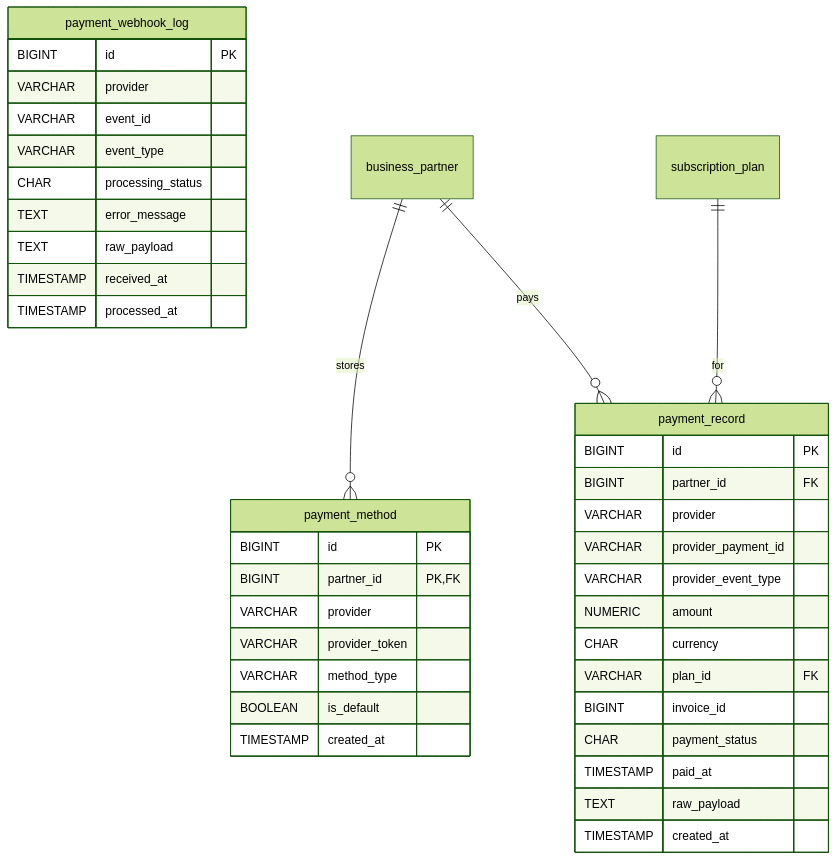
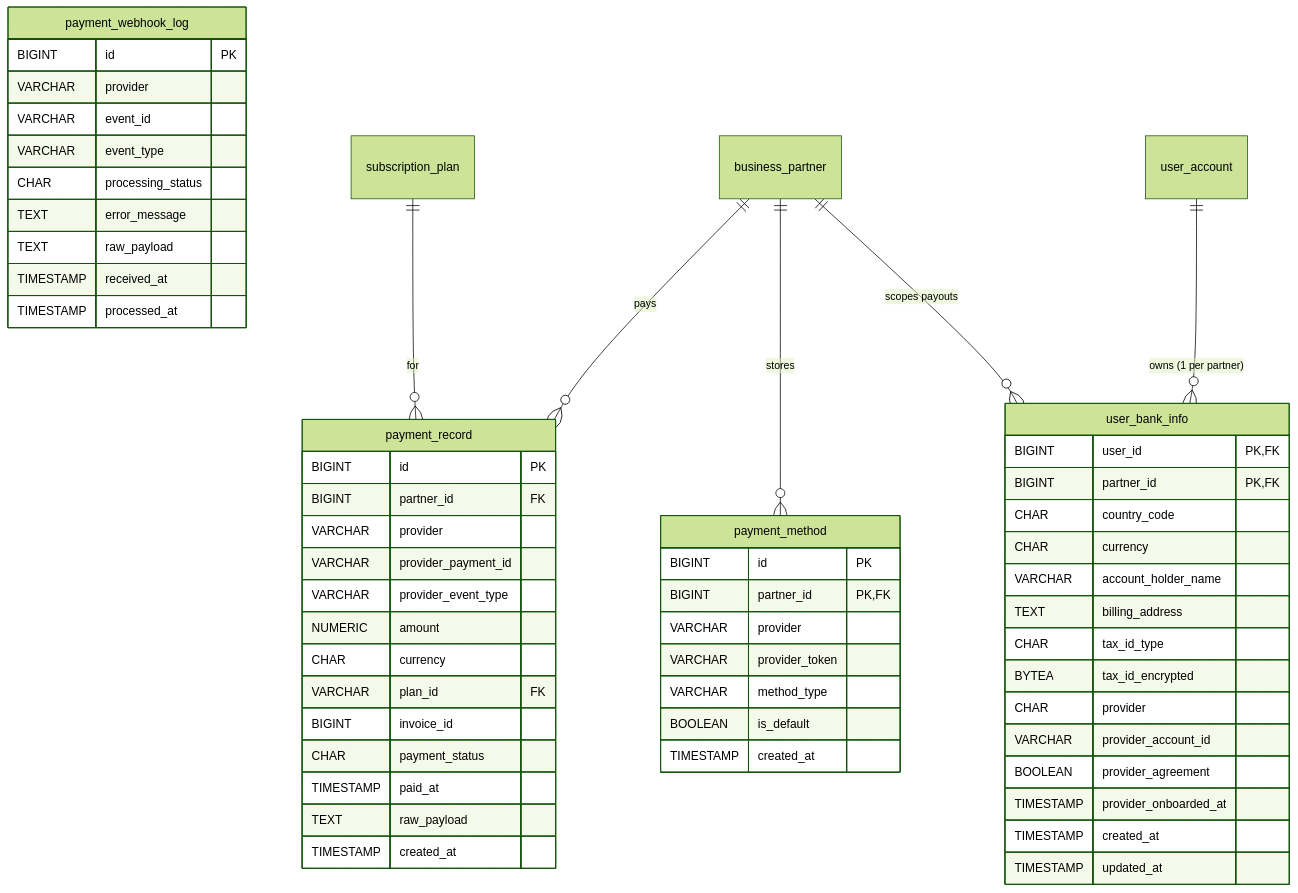
Before and after one commit to nauticana/keel: diagram 11 of 12 in README.md, drawn with Mermaid (forest theme). The commit also changed other lines of this file and 11 other files, not shown here.

Commit message:
v0.7.0 add payout module, move pay specific permissions to the new PAYMENT_ADMIN role, modify PARTNER_ADMIN role to maintain PartnerSpecific tables

````diff
--- a/README.md
+++ b/README.md
@@ -1498,43 +1616,61 @@
 ```mermaid
 erDiagram
     payment_webhook_log {
         BIGINT id PK
         VARCHAR provider
         VARCHAR event_id
         VARCHAR event_type
         CHAR processing_status
         TEXT error_message
         TEXT raw_payload
         TIMESTAMP received_at
         TIMESTAMP processed_at
     }
 
+    subscription_plan ||--o{ payment_record : for
+    business_partner ||--o{ payment_record : pays
+    business_partner ||--o{ payment_method : stores
+    user_account ||--o{ user_bank_info : "owns (1 per partner)"
+    business_partner ||--o{ user_bank_info : "scopes payouts"
+
     payment_method {
         BIGINT id PK
         BIGINT partner_id PK,FK
         VARCHAR provider
         VARCHAR provider_token
         VARCHAR method_type
         BOOLEAN is_default
         TIMESTAMP created_at
     }
-    business_partner ||--o{ payment_method : stores
-
     payment_record {
         BIGINT id PK
         BIGINT partner_id FK
         VARCHAR provider
         VARCHAR provider_payment_id
         VARCHAR provider_event_type
         NUMERIC amount
         CHAR currency
         VARCHAR plan_id FK
         BIGINT invoice_id
         CHAR payment_status
         TIMESTAMP paid_at
         TEXT raw_payload
         TIMESTAMP created_at
     }
-    business_partner ||--o{ payment_record : pays
-    subscription_plan ||--o{ payment_record : for
+    user_bank_info {
+        BIGINT user_id PK,FK
+        BIGINT partner_id PK,FK
+        CHAR country_code
+        CHAR currency
+        VARCHAR account_holder_name
+        TEXT billing_address
+        CHAR tax_id_type
+        BYTEA tax_id_encrypted
+        CHAR provider
+        VARCHAR provider_account_id
+        BOOLEAN provider_agreement
+        TIMESTAMP provider_onboarded_at
+        TIMESTAMP created_at
+        TIMESTAMP updated_at
+    }
 ```
````
